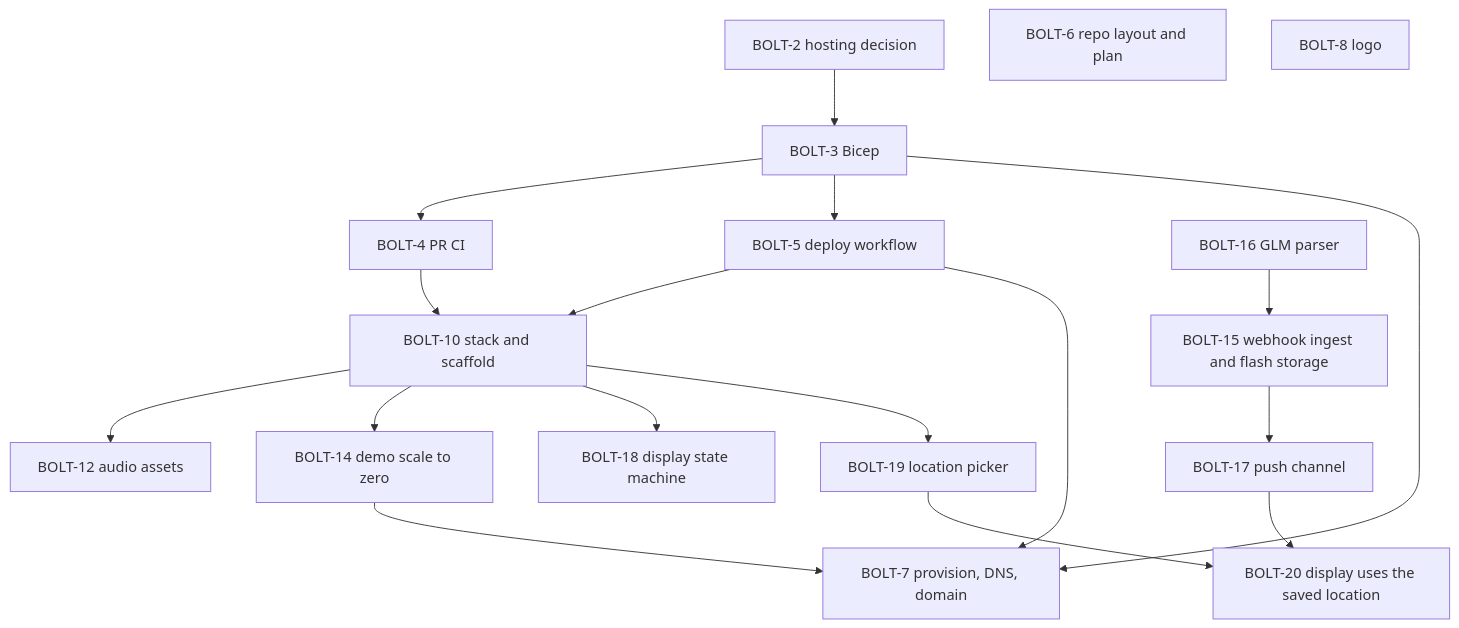
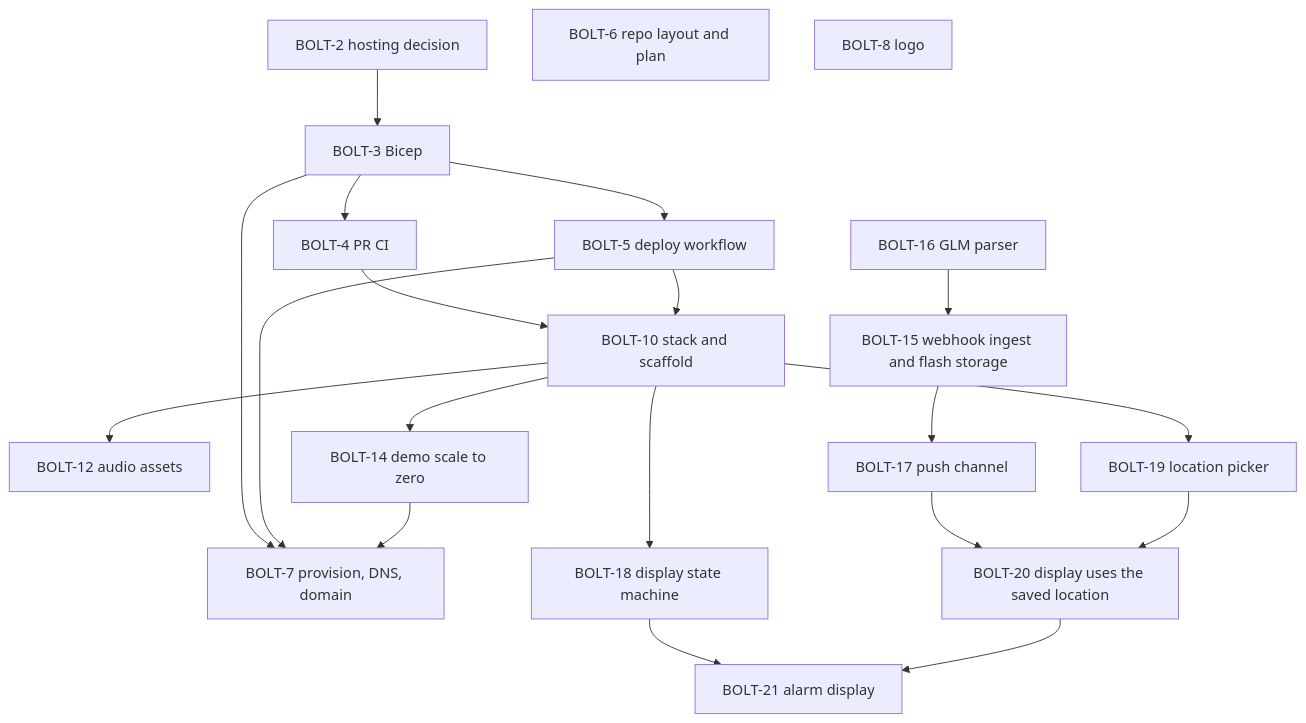
One commit to henrique-meyer/boltclock changed the diagram in docs/plan.md. Above: the diagram before and after it, drawn with Mermaid. The commit also changed other lines of this file and 25 other files, not shown here.

First line of the commit message:
BOLT-21 Make the display the alarm: countdown, sound, Start button, test strikes

````diff
--- a/docs/plan.md
+++ b/docs/plan.md
@@ -15,35 +15,39 @@
 ```mermaid
 flowchart TD
   s2[BOLT-2 hosting decision]
   s3[BOLT-3 Bicep]
   s4[BOLT-4 PR CI]
   s5[BOLT-5 deploy workflow]
   s6[BOLT-6 repo layout and plan]
   s7[BOLT-7 provision, DNS, domain]
   s8[BOLT-8 logo]
   s10[BOLT-10 stack and scaffold]
   s12[BOLT-12 audio assets]
   s14[BOLT-14 demo scale to zero]
   s15[BOLT-15 webhook ingest and flash storage]
   s16[BOLT-16 GLM parser]
   s17[BOLT-17 push channel]
   s18[BOLT-18 display state machine]
   s19[BOLT-19 location picker]
   s20[BOLT-20 display uses the saved location]
+  s21[BOLT-21 alarm display]
   s2 --> s3
   s4 --> s10
   s5 --> s10
   s3 --> s4
   s3 --> s5
   s3 --> s7
   s5 --> s7
   s10 --> s12
   s10 --> s14
   s14 --> s7
   s16 --> s15
   s15 --> s17
   s10 --> s18
   s10 --> s19
   s17 --> s20
   s19 --> s20
+
+  s18 --> s21
+  s20 --> s21
 ```
````
